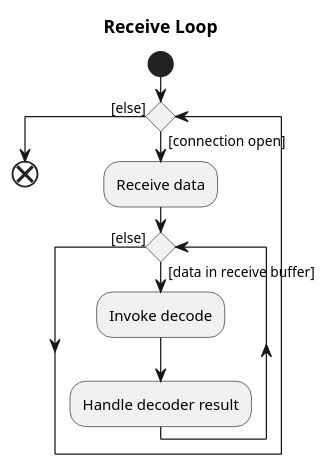
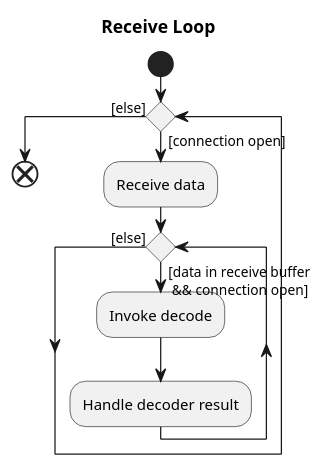
The fourth of 9 diagrams in overview.md (mnlipp/jdrupes-httpcodec), drawn with PlantUML before and after one commit.

Commit message:
Clarified.

```diff
--- a/overview.md
+++ b/overview.md
@@ -268,14 +268,14 @@
 @startuml receive-loop.svg
 ' ========== Receive loop =========
 skinparam conditionStyle diamond
 title Receive Loop
 start
 while ( ) is ([connection open])
   :Receive data;
-  while ( ) is ([data in receive buffer])
+  while ( ) is ([data in receive buffer\n && connection open])
     :Invoke decode;
     :Handle decoder result;
   endwhile ([else])
 endwhile ([else])
 end
 @enduml
```
